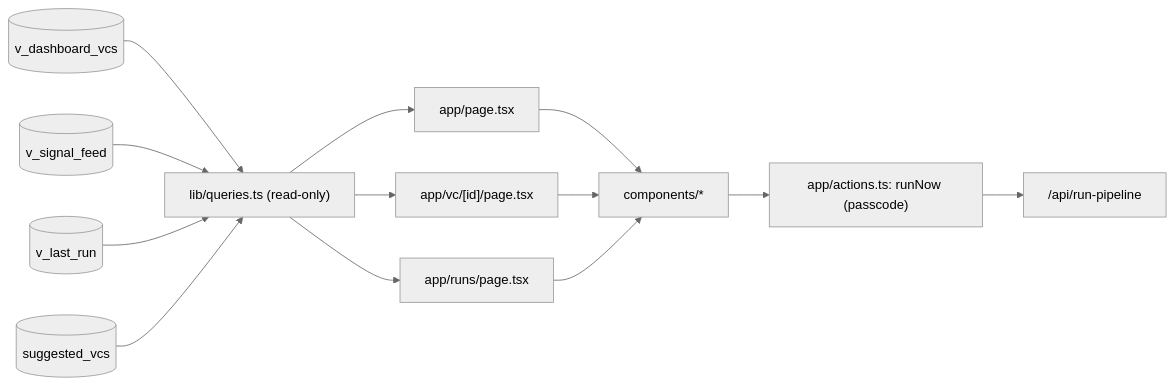
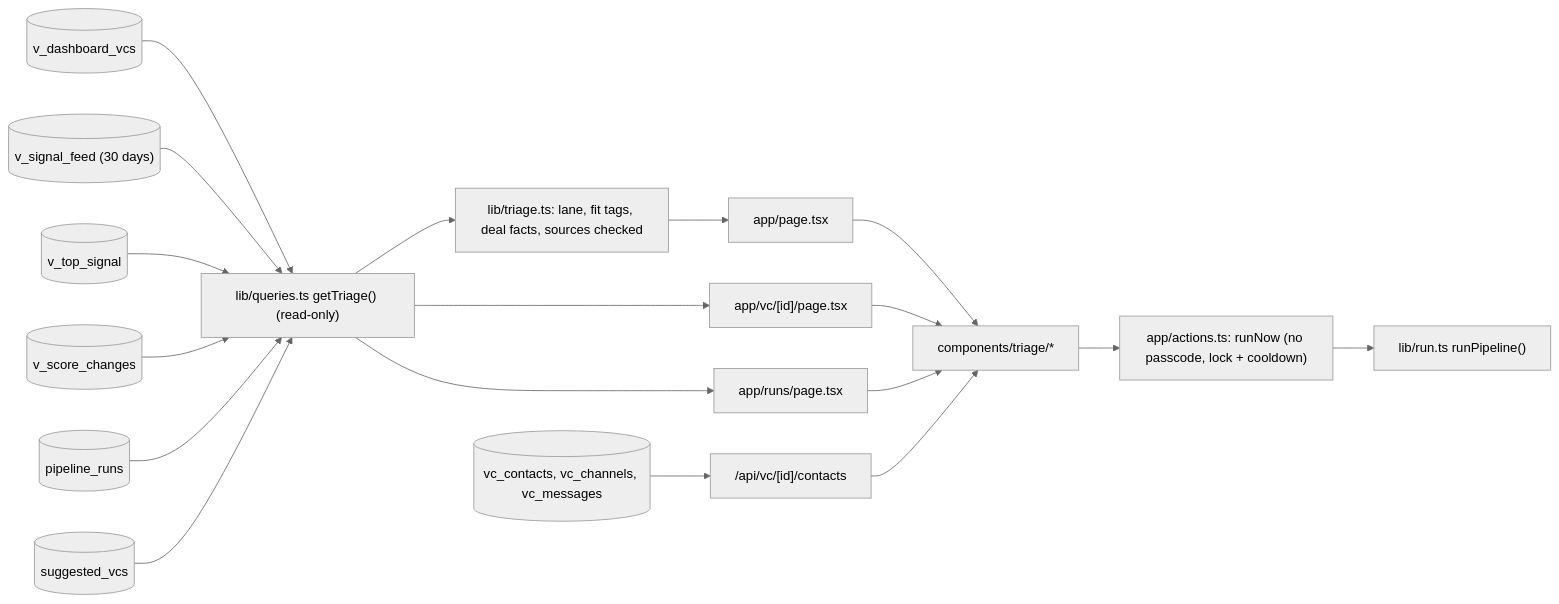
Before and after one commit to anudeeptatireddy-lgtm/vc-pipeline: the second of 2 diagrams in docs/components-map.md, drawn with Mermaid (neutral theme). The commit also changed other lines of this file and 3 other files, not shown here.

Commit message:
Update Components Map for the triage dashboard, contacts and drafts

````diff
--- a/docs/components-map.md
+++ b/docs/components-map.md
@@ -70,15 +75,18 @@
 ```mermaid
 flowchart LR
-  V1[("v_dashboard_vcs")] --> Q["lib/queries.ts (read-only)"]
-  V2[("v_signal_feed")] --> Q
-  V3[("v_last_run")] --> Q
-  V4[("suggested_vcs")] --> Q
-  Q --> P1["app/page.tsx"]
+  V1[("v_dashboard_vcs")] --> Q["lib/queries.ts getTriage() (read-only)"]
+  V2[("v_signal_feed (30 days)")] --> Q
+  V3[("v_top_signal")] --> Q
+  V4[("v_score_changes")] --> Q
+  V5[("pipeline_runs")] --> Q
+  V6[("suggested_vcs")] --> Q
+  Q --> T["lib/triage.ts: lane, fit tags, deal facts, sources checked"]
+  T --> P1["app/page.tsx"]
   Q --> P2["app/vc/[id]/page.tsx"]
   Q --> P3["app/runs/page.tsx"]
-  P1 --> C["components/*"]
-  P2 --> C
-  P3 --> C
-  C --> ACT["app/actions.ts: runNow (passcode)"]
-  ACT --> RUN["/api/run-pipeline"]
+  P1 --> UI["components/triage/*"]
+  P2 --> UI
+  P3 --> UI
+  C1[("vc_contacts, vc_channels, vc_messages")] --> API["/api/vc/[id]/contacts"] --> UI
+  UI --> ACT["app/actions.ts: runNow (no passcode, lock + cooldown)"] --> RUN["lib/run.ts runPipeline()"]
 ```
````
